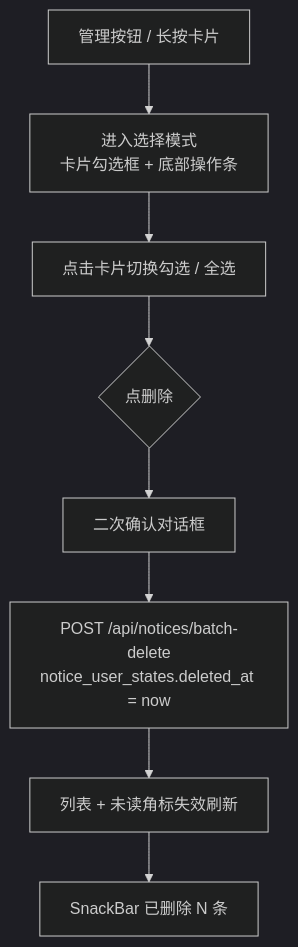
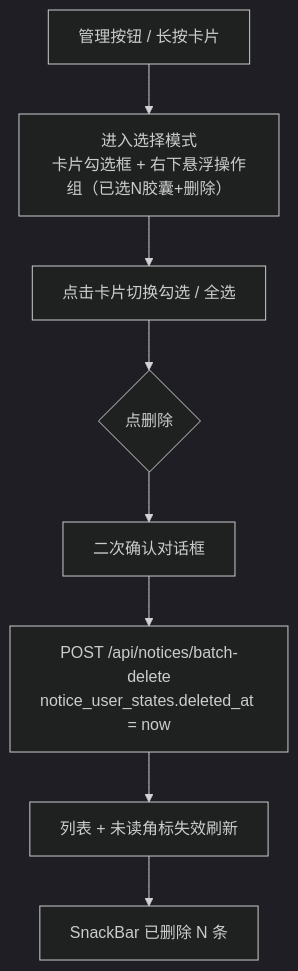
Before and after one commit to BruceChu0424/utenelec_imp: the third of 3 diagrams in docs/03-页面/通知列表页.md, drawn with Mermaid (dark theme). The commit also changed 506 other files, not shown here.

````diff
--- a/docs/03-页面/通知列表页.md
+++ b/docs/03-页面/通知列表页.md
@@ -161,10 +161,10 @@
 ```mermaid
 flowchart TD
-    M[管理按钮 / 长按卡片] --> SEL[进入选择模式<br/>卡片勾选框 + 底部操作条]
+    M[管理按钮 / 长按卡片] --> SEL[进入选择模式<br/>卡片勾选框 + 右下悬浮操作组（已选N胶囊+删除）]
     SEL --> TAP[点击卡片切换勾选 / 全选]
     TAP --> DEL{点删除}
     DEL --> CONF[二次确认对话框]
     CONF --> API[POST /api/notices/batch-delete<br/>notice_user_states.deleted_at = now]
     API --> REF[列表 + 未读角标失效刷新]
     REF --> SB[SnackBar 已删除 N 条]
 ```
````
